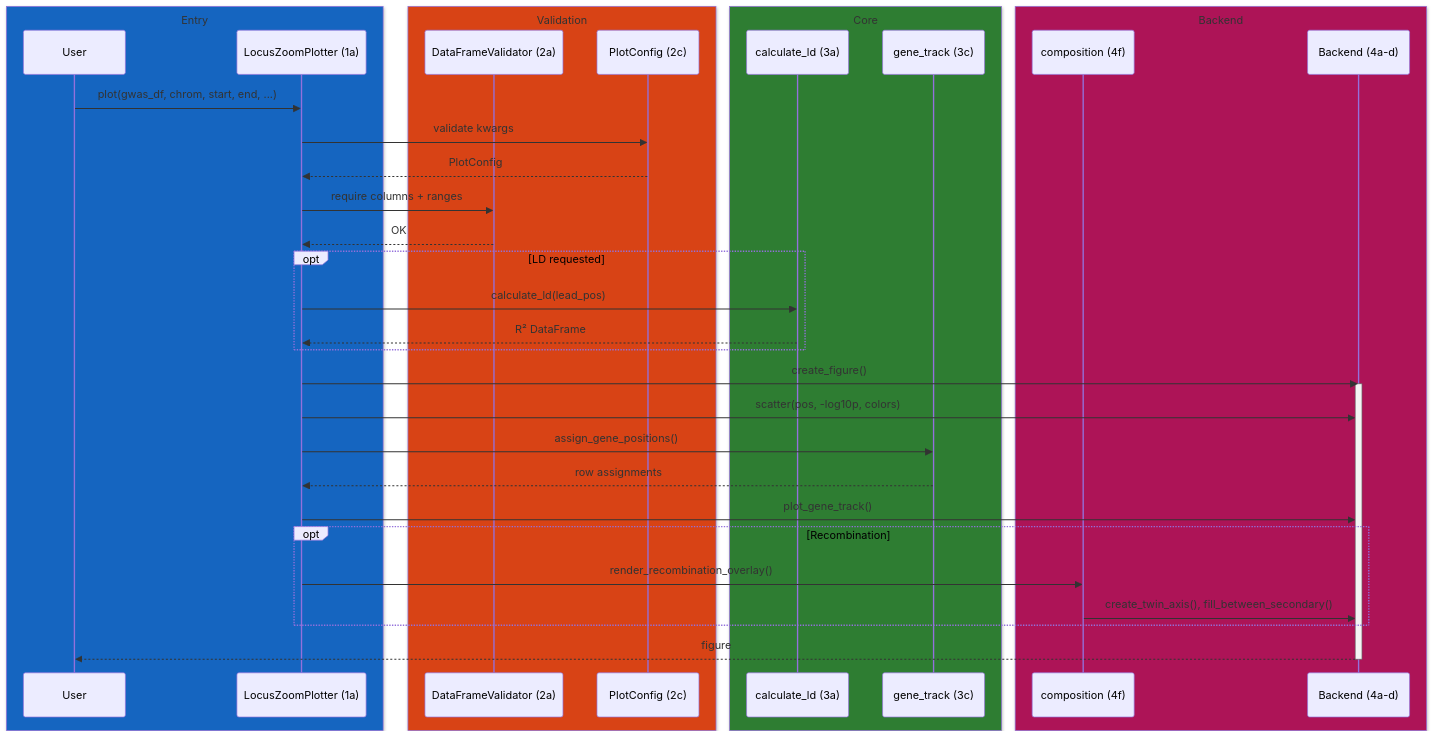
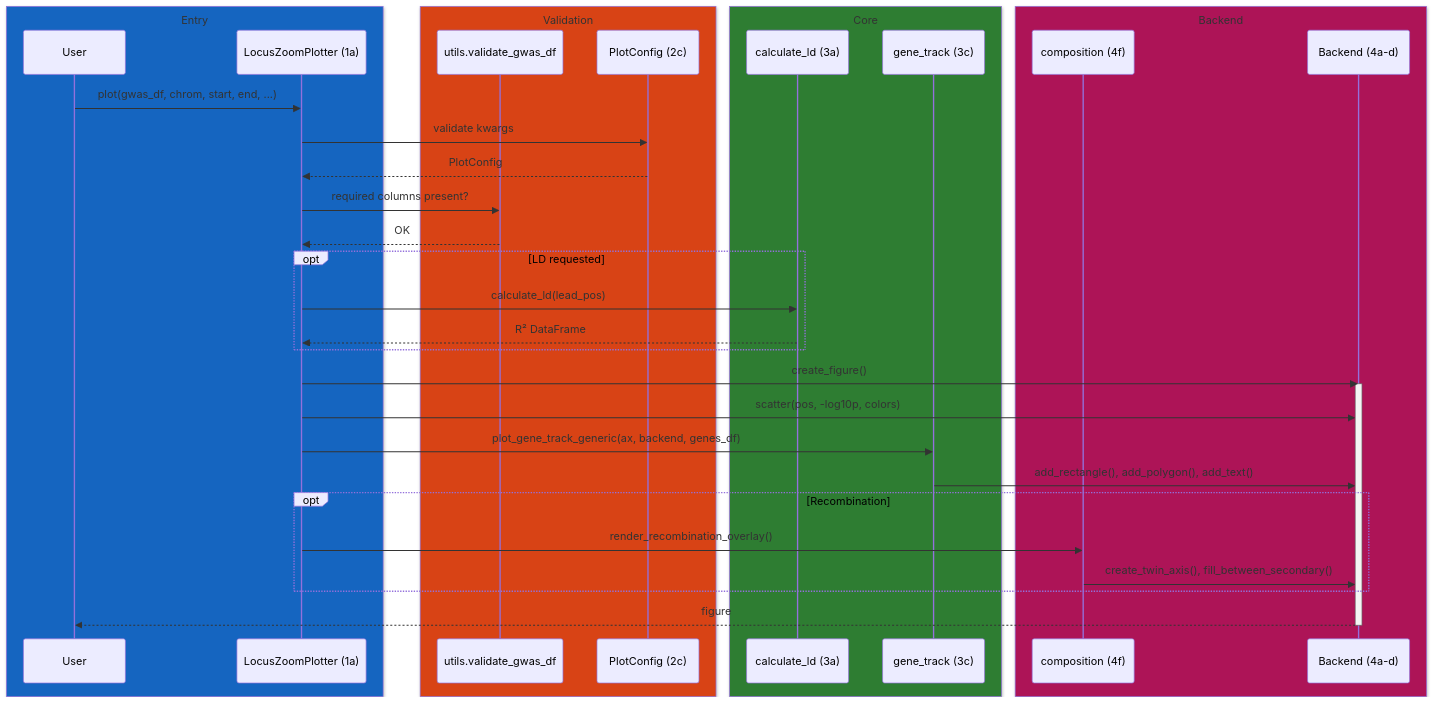
Before and after one commit to michael-denyer/pyLocusZoom: the second of 3 diagrams in docs/CODEMAP.md, drawn with Mermaid. The commit also changed other lines of this file and 11 other files, not shown here.

````diff
--- a/docs/CODEMAP.md
+++ b/docs/CODEMAP.md
@@ -267,43 +274,42 @@
 ```mermaid
 sequenceDiagram
     box rgb(21, 101, 192) Entry
         participant U as User
         participant P as LocusZoomPlotter (1a)
     end
     box rgb(216, 67, 21) Validation
-        participant V as DataFrameValidator (2a)
+        participant V as utils.validate_gwas_df
         participant C as PlotConfig (2c)
     end
     box rgb(46, 125, 50) Core
         participant L as calculate_ld (3a)
         participant G as gene_track (3c)
     end
     box rgb(173, 20, 87) Backend
         participant O as composition (4f)
         participant B as Backend (4a-d)
     end
 
     U->>P: plot(gwas_df, chrom, start, end, ...)
     P->>C: validate kwargs
     C-->>P: PlotConfig
-    P->>V: require columns + ranges
+    P->>V: required columns present?
     V-->>P: OK
 
     opt LD requested
         P->>L: calculate_ld(lead_pos)
         L-->>P: R² DataFrame
     end
 
     P->>B: create_figure()
     activate B
     P->>B: scatter(pos, -log10p, colors)
-    P->>G: assign_gene_positions()
-    G-->>P: row assignments
-    P->>B: plot_gene_track()
+    P->>G: plot_gene_track_generic(ax, backend, genes_df)
+    G->>B: add_rectangle(), add_polygon(), add_text()
     opt Recombination
         P->>O: render_recombination_overlay()
         O->>B: create_twin_axis(), fill_between_secondary()
     end
     B-->>U: figure
     deactivate B
 ```
````
